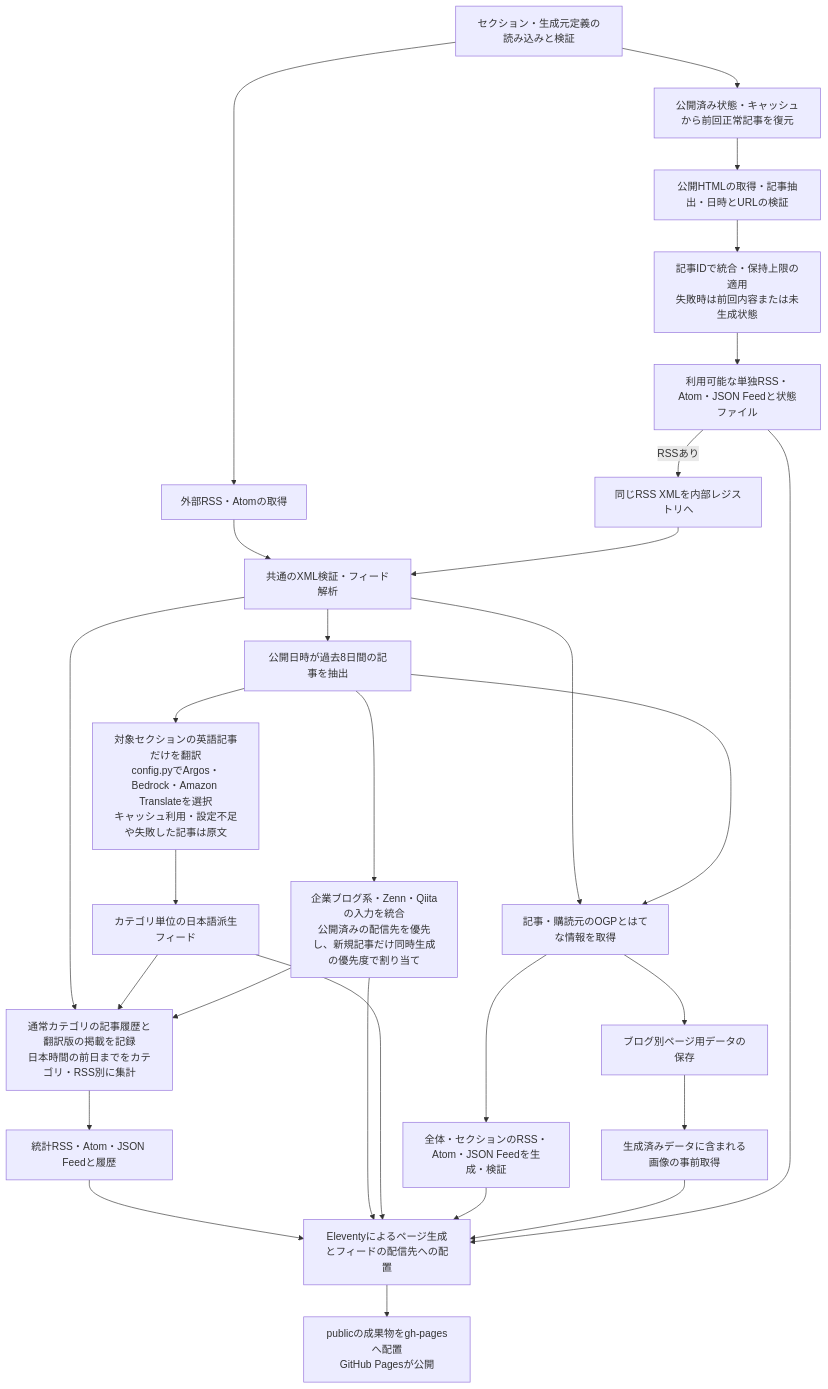
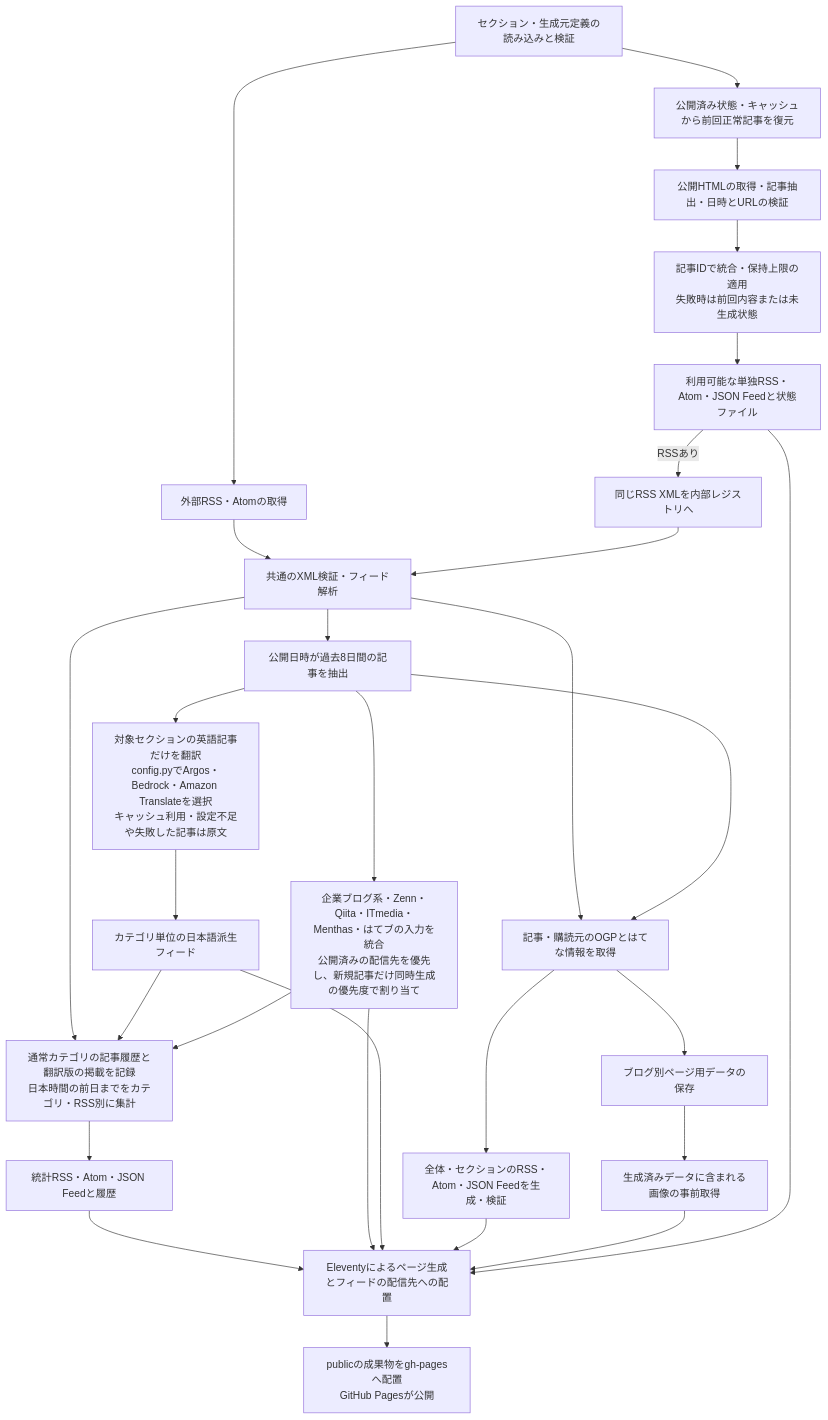
One commit to fuhitonakagawa/my-tech-blog-rss-feed changed the diagram in README.md. Above: the diagram before and after it, drawn with Mermaid. The commit also changed other lines of this file and 11 other files, not shown here.

````diff
--- a/README.md
+++ b/README.md
@@ -584,51 +591,51 @@
 ```mermaid
 flowchart TD
     definitions["セクション・生成元定義の読み込みと検証"]
     previous["公開済み状態・キャッシュから前回正常記事を復元"]
     html["公開HTMLの取得・記事抽出・日時とURLの検証"]
     state["記事IDで統合・保持上限の適用<br/>失敗時は前回内容または未生成状態"]
     generated["利用可能な単独RSS・Atom・JSON Feedと状態ファイル"]
     registry["同じRSS XMLを内部レジストリへ"]
     remote["外部RSS・Atomの取得"]
     parse["共通のXML検証・フィード解析"]
     recent["公開日時が過去8日間の記事を抽出"]
     translation["対象セクションの英語記事だけを翻訳<br/>config.pyでArgos・Bedrock・Amazon Translateを選択<br/>キャッシュ利用・設定不足や失敗した記事は原文"]
     translated["カテゴリ単位の日本語派生フィード"]
     metadata["記事・購読元のOGPとはてな情報を取得"]
     aggregated["全体・セクションのRSS・Atom・JSON Feedを生成・検証"]
     blog["ブログ別ページ用データの保存"]
     prepare["生成済みデータに含まれる画像の事前取得"]
     site["Eleventyによるページ生成とフィードの配信先への配置"]
     deploy["publicの成果物をgh-pagesへ配置<br/>GitHub Pagesが公開"]
     definitions --> previous
     previous --> html
     html --> state
     state --> generated
     generated -->|RSSあり| registry
     definitions --> remote
     remote --> parse
     registry --> parse
     parse --> recent
     parse --> metadata
     recent --> metadata
     statistics["通常カテゴリの記事履歴と翻訳版の掲載を記録<br/>日本時間の前日までをカテゴリ・RSS別に集計"]
     statisticsFeeds["統計RSS・Atom・JSON Feedと履歴"]
     parse --> statistics
     translated --> statistics
     statistics --> statisticsFeeds
     statisticsFeeds --> site
-    dedup["企業ブログ系・Zenn・Qiitaの入力を統合<br/>公開済みの配信先を優先し、新規記事だけ同時生成の優先度で割り当て"]
+    dedup["企業ブログ系・Zenn・Qiita・ITmedia・Menthas・はてブの入力を統合<br/>公開済みの配信先を優先し、新規記事だけ同時生成の優先度で割り当て"]
     recent --> dedup
     dedup --> statistics
     dedup --> site
     recent --> translation
     translation --> translated
     translated --> site
     metadata --> aggregated
     metadata --> blog
     blog --> prepare
     aggregated --> site
     prepare --> site
     generated --> site
     site --> deploy
 ```
````
